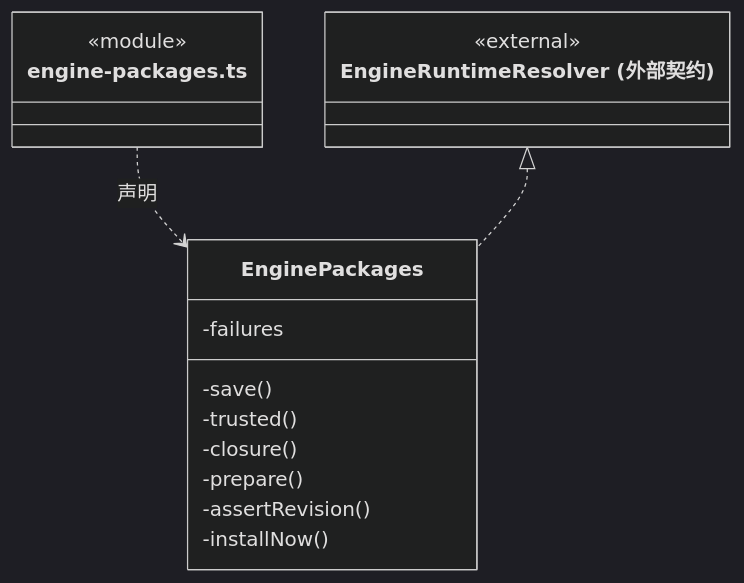
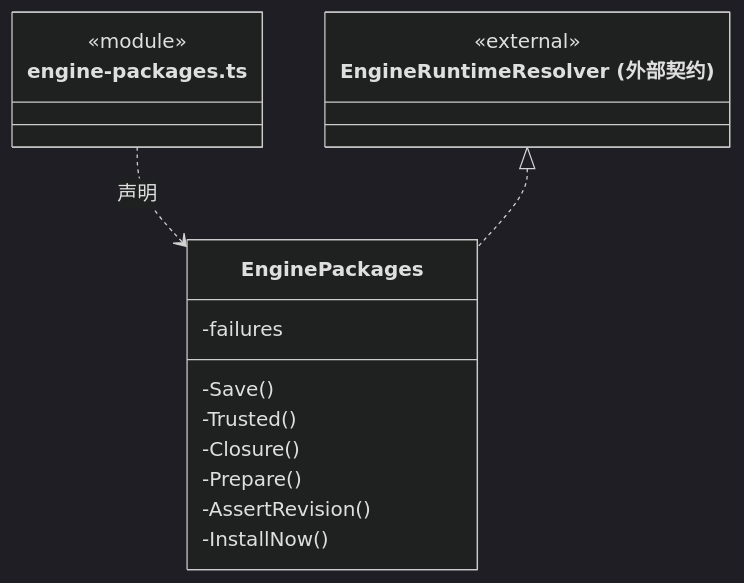
Before and after one commit to nan023062/cbim: the second of 4 diagrams in src/logic/engines/packages/ARCHITECTURE.md, drawn with Mermaid (dark theme). The commit also changed other lines of this file and 1035 other files, not shown here.

````diff
--- a/src/logic/engines/packages/ARCHITECTURE.md
+++ b/src/logic/engines/packages/ARCHITECTURE.md
@@ -63,20 +63,20 @@
 ```mermaid
 classDiagram
 class N_src_logic_engines_packages_engine_packages_ts["engine-packages.ts"] {
   <<module>>
 }
 class N_src_logic_engines_packages_engine_packages_ts_EnginePackages["EnginePackages"] {
   -failures
-  -save()
-  -trusted()
-  -closure()
-  -prepare()
-  -assertRevision()
-  -installNow()
+  -Save()
+  -Trusted()
+  -Closure()
+  -Prepare()
+  -AssertRevision()
+  -InstallNow()
 }
 N_src_logic_engines_packages_engine_packages_ts ..> N_src_logic_engines_packages_engine_packages_ts_EnginePackages : 声明
 class N_src_logic_engines_packages_engine_packages_ts_external_EngineRuntimeResolver["EngineRuntimeResolver (外部契约)"] {
   <<external>>
 }
 N_src_logic_engines_packages_engine_packages_ts_external_EngineRuntimeResolver <|.. N_src_logic_engines_packages_engine_packages_ts_EnginePackages
 ```
````
